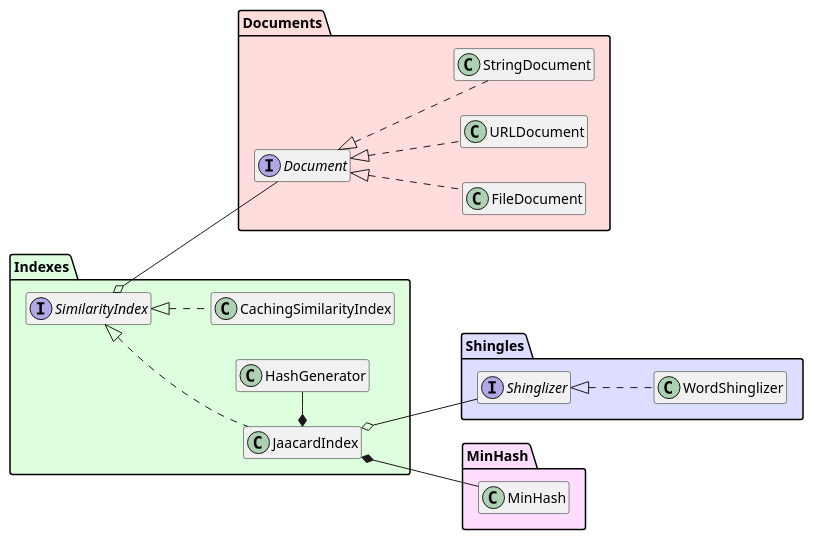
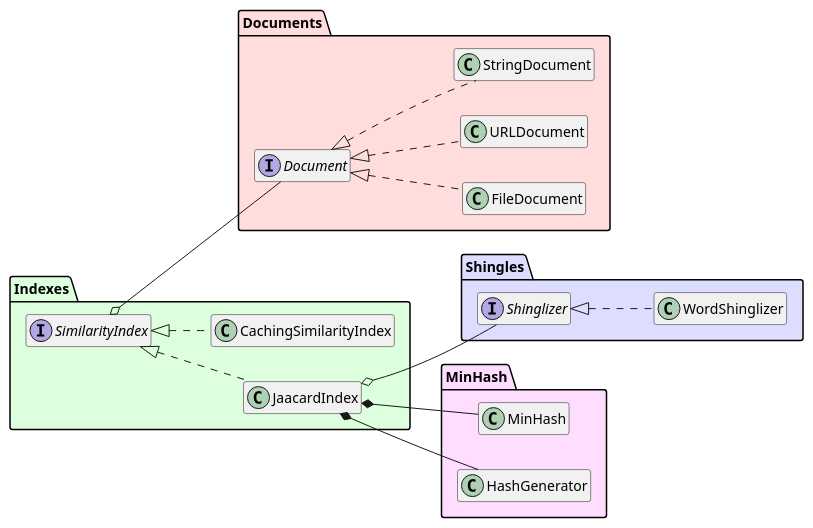
One commit to chatton/DocumentSimilarityAPI changed the diagram in src/UML.puml. Above: the diagram before and after it, drawn with PlantUML. The commit also changed 5 other files, not shown here.

```diff
--- a/src/UML.puml
+++ b/src/UML.puml
@@ -1,49 +1,50 @@
 @startuml
 left to right direction
 
 package "Documents" #FFDDDD {
 
     interface Document
 
     class FileDocument
     class URLDocument
     class StringDocument
 
     Document <|.. FileDocument
     Document <|.. URLDocument
     Document <|.. StringDocument
 
 }
 
 package "Indexes" #DDFFDD {
     interface SimilarityIndex
 
     SimilarityIndex o-- Document
 
     class JaacardIndex
     class CachingSimilarityIndex
 
     SimilarityIndex <|.. JaacardIndex
     SimilarityIndex <|.. CachingSimilarityIndex
 
-    class HashGenerator
-    JaacardIndex *- HashGenerator
+
 }
 
 package "Shingles" #DDDDFF {
 
     JaacardIndex o-- Shinglizer
 
     interface Shinglizer
 
     class WordShinglizer
     Shinglizer <|.. WordShinglizer
 }
 
 package "MinHash" #FFDDFF {
     class MinHash
     JaacardIndex *-- MinHash
+    class HashGenerator
+    JaacardIndex *-- HashGenerator
 }
 
 hide members
 @enduml
```
